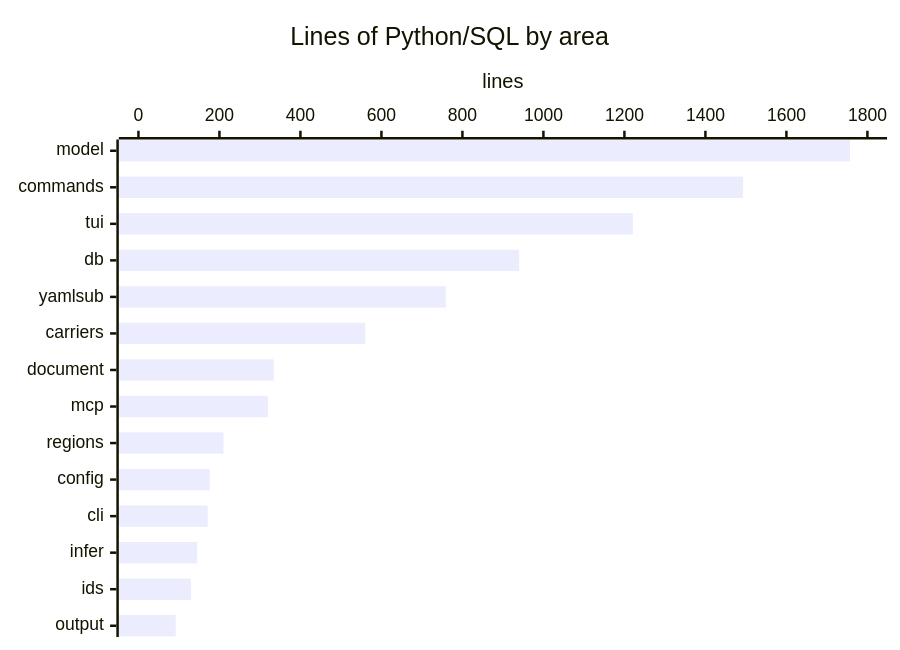
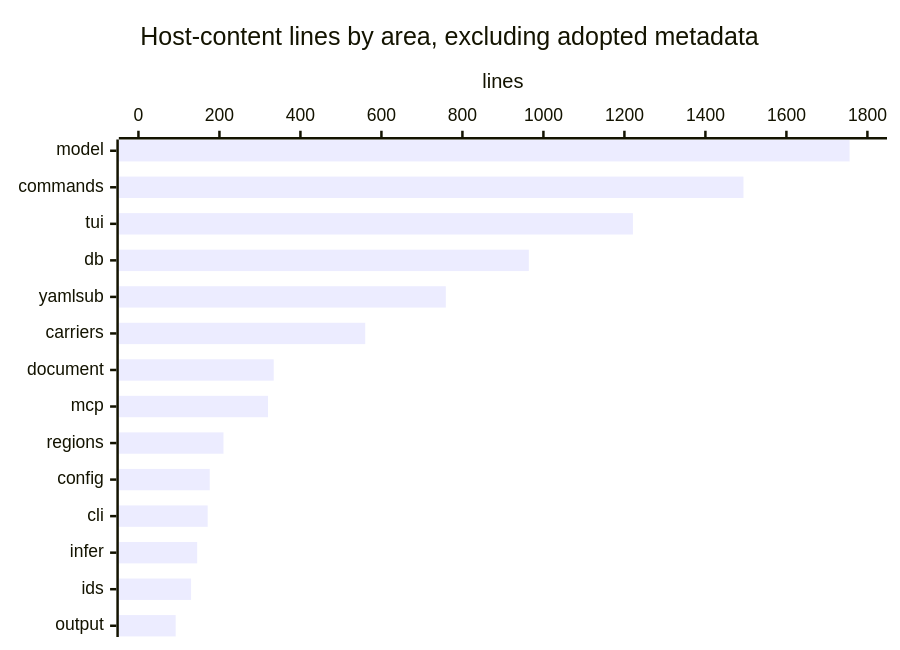
Before and after one commit to calisweetleaf/somnus-metadata: the third of 3 diagrams in droid-wiki/overview/architecture.md, drawn with Mermaid. The commit also changed other lines of this file and 38 other files, not shown here.

````diff
--- a/droid-wiki/overview/architecture.md
+++ b/droid-wiki/overview/architecture.md
@@ -102,7 +74,7 @@
 ```mermaid
 xychart-beta horizontal
-    title "Lines of Python/SQL by area"
+    title "Host-content lines by area, excluding adopted metadata"
     x-axis ["model", "commands", "tui", "db", "yamlsub", "carriers", "document", "mcp", "regions", "config", "cli", "infer", "ids", "output"]
     y-axis "lines" 0 --> 1800
-    bar [1757, 1493, 1221, 940, 759, 560, 334, 320, 210, 176, 171, 145, 130, 92]
+    bar [1756, 1494, 1221, 964, 759, 560, 334, 320, 210, 176, 171, 145, 130, 92]
 ```
````
